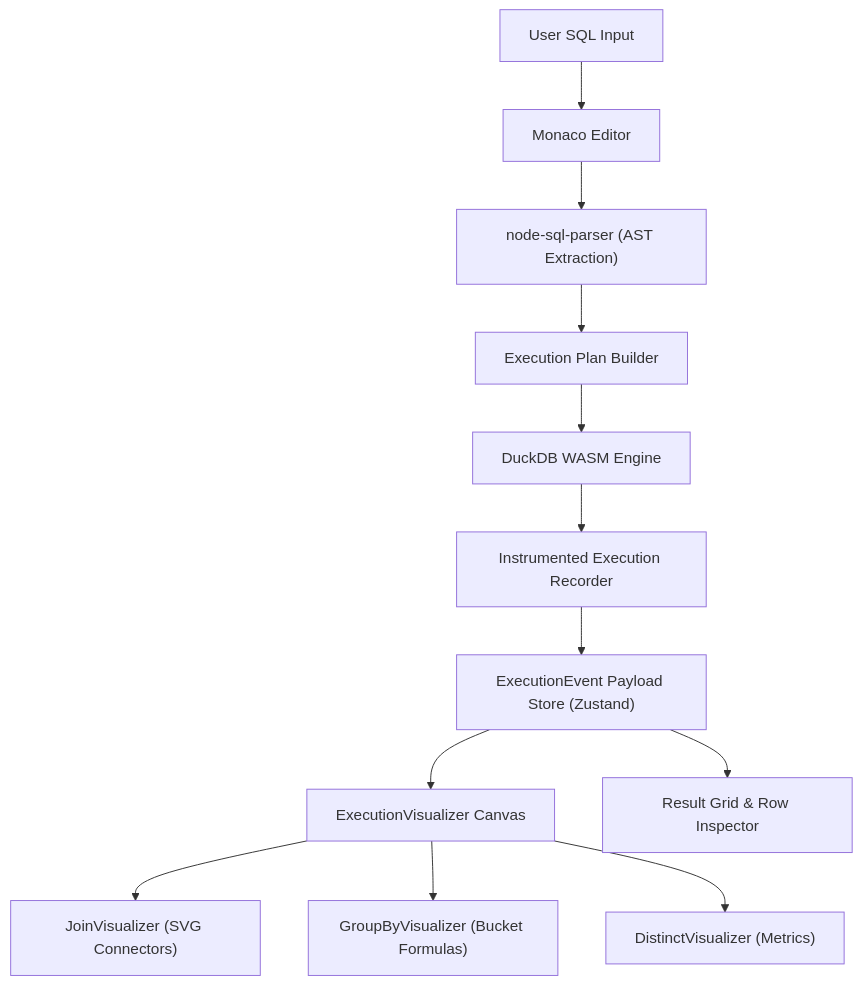
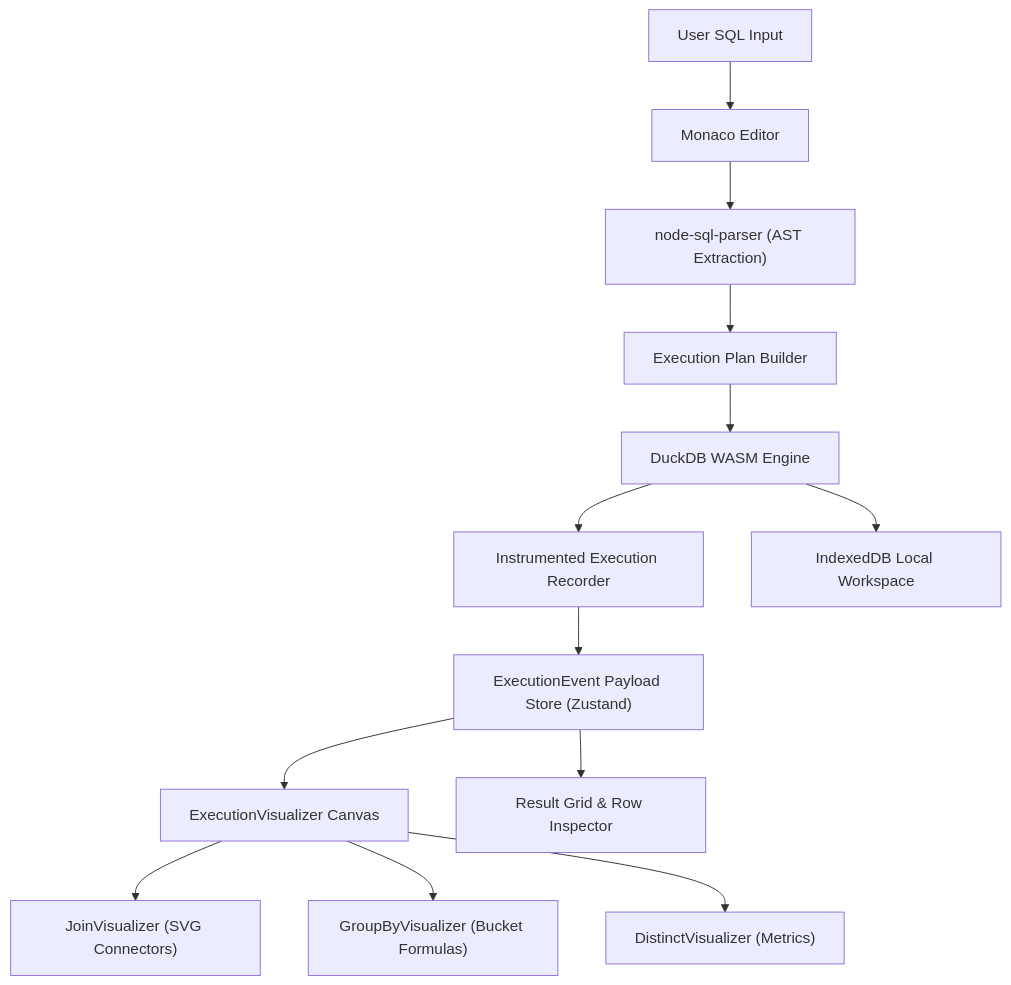
One commit to watashi-00/sql-viewer changed the diagram in README.md. Above: the diagram before and after it, drawn with Mermaid. The commit also changed other lines of this file and 3 other files, not shown here.

````diff
--- a/README.md
+++ b/README.md
@@ -61,14 +75,15 @@
 ```mermaid
 flowchart TD
     A["User SQL Input"] --> B["Monaco Editor"]
     B --> C["node-sql-parser (AST Extraction)"]
     C --> D["Execution Plan Builder"]
     D --> E["DuckDB WASM Engine"]
     E --> F["Instrumented Execution Recorder"]
     F --> G["ExecutionEvent Payload Store (Zustand)"]
     G --> H["ExecutionVisualizer Canvas"]
     H --> I1["JoinVisualizer (SVG Connectors)"]
     H --> I2["GroupByVisualizer (Bucket Formulas)"]
     H --> I3["DistinctVisualizer (Metrics)"]
     G --> J["Result Grid & Row Inspector"]
+    E --> K["IndexedDB Local Workspace"]
 ```
````
